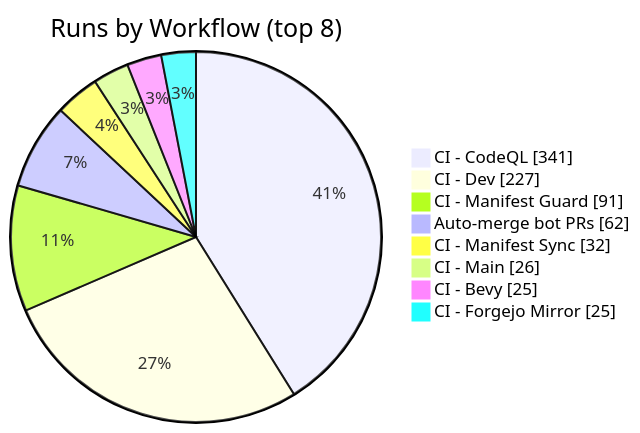
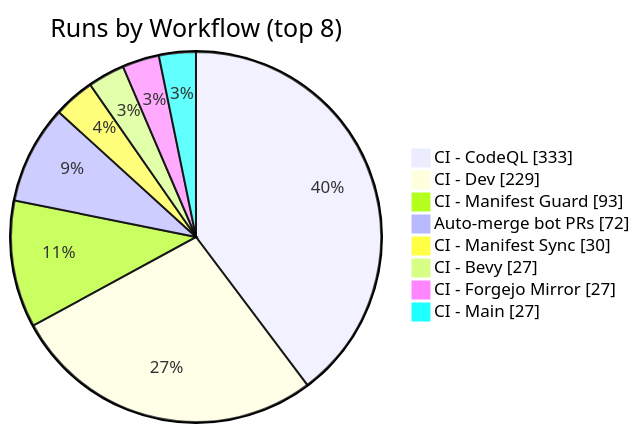
One commit to KBVE/kbve changed the second of 2 diagrams in apps/kbve/astro-kbve/src/content/docs/dashboard/ci-health.mdx. Above: the diagram before and after it, drawn with Mermaid. The commit also changed other lines of this file and 1 other file, not shown here.

````diff
--- a/apps/kbve/astro-kbve/src/content/docs/dashboard/ci-health.mdx
+++ b/apps/kbve/astro-kbve/src/content/docs/dashboard/ci-health.mdx
@@ -201,12 +201,12 @@
 ```mermaid
 pie showData
     title Runs by Workflow (top 8)
-    "CI - CodeQL" : 341
-    "CI - Dev" : 227
-    "CI - Manifest Guard" : 91
-    "Auto-merge bot PRs" : 62
-    "CI - Manifest Sync" : 32
-    "CI - Main" : 26
-    "CI - Bevy" : 25
-    "CI - Forgejo Mirror" : 25
+    "CI - CodeQL" : 333
+    "CI - Dev" : 229
+    "CI - Manifest Guard" : 93
+    "Auto-merge bot PRs" : 72
+    "CI - Manifest Sync" : 30
+    "CI - Bevy" : 27
+    "CI - Forgejo Mirror" : 27
+    "CI - Main" : 27
 ```
````
